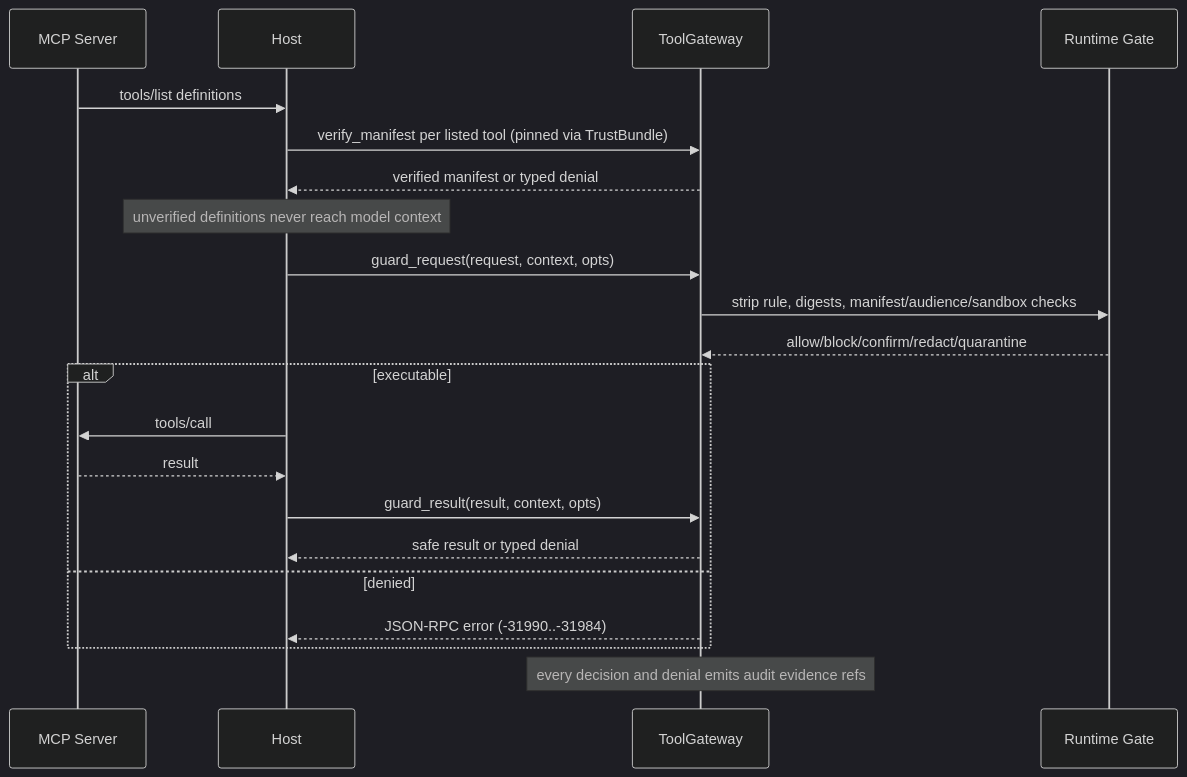
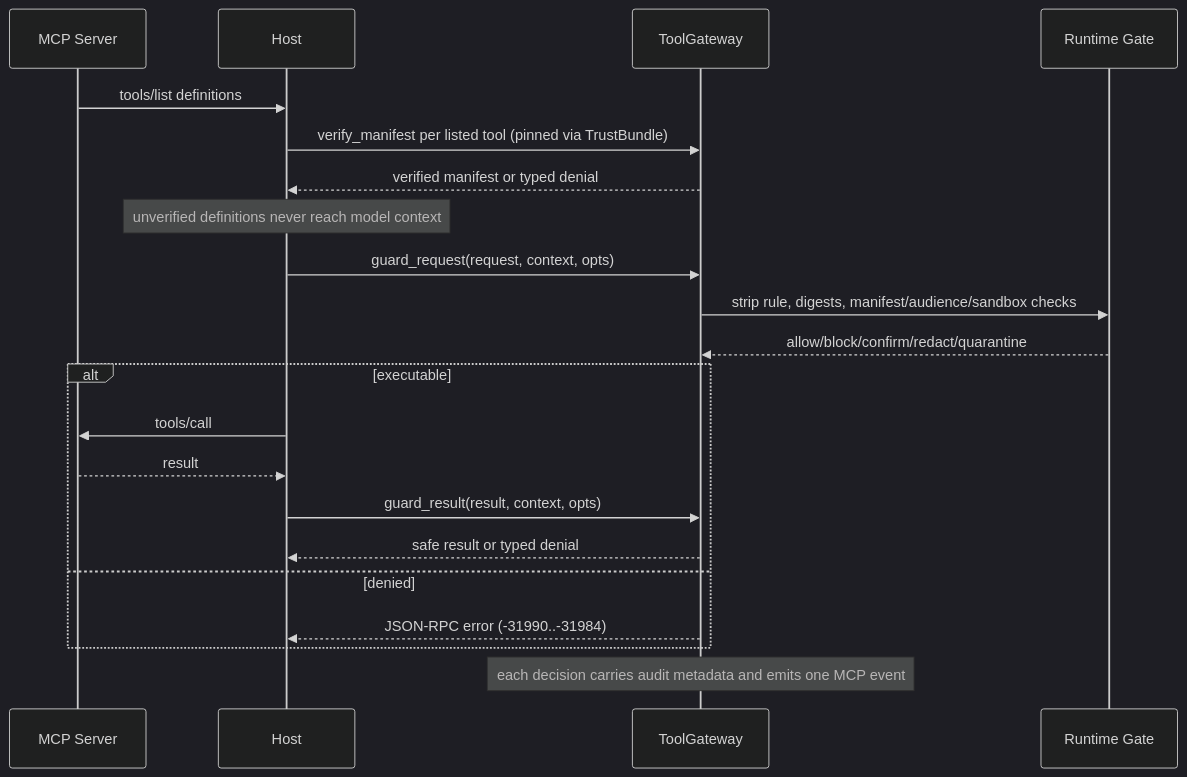
Before and after one commit to refpath/sigil_guard: the diagram in docs/specs/SP.03-mcp-attestation-gateway.md, drawn with Mermaid (dark theme). The commit also changed other lines of this file and 22 other files, not shown here.

````diff
--- a/docs/specs/SP.03-mcp-attestation-gateway.md
+++ b/docs/specs/SP.03-mcp-attestation-gateway.md
@@ -57,24 +57,24 @@
 ```mermaid
 sequenceDiagram
     participant Server as MCP Server
     participant Host
     participant TG as ToolGateway
     participant Gate as Runtime Gate
 
     Server->>Host: tools/list definitions
     Host->>TG: verify_manifest per listed tool (pinned via TrustBundle)
     TG-->>Host: verified manifest or typed denial
     Note over Host: unverified definitions never reach model context
     Host->>TG: guard_request(request, context, opts)
     TG->>Gate: strip rule, digests, manifest/audience/sandbox checks
     Gate-->>TG: allow/block/confirm/redact/quarantine
     alt executable
         Host->>Server: tools/call
         Server-->>Host: result
         Host->>TG: guard_result(result, context, opts)
         TG-->>Host: safe result or typed denial
     else denied
         TG-->>Host: JSON-RPC error (-31990..-31984)
     end
-    Note over TG: every decision and denial emits audit evidence refs
+    Note over TG: each decision carries audit metadata and emits one MCP event
 ```
````
